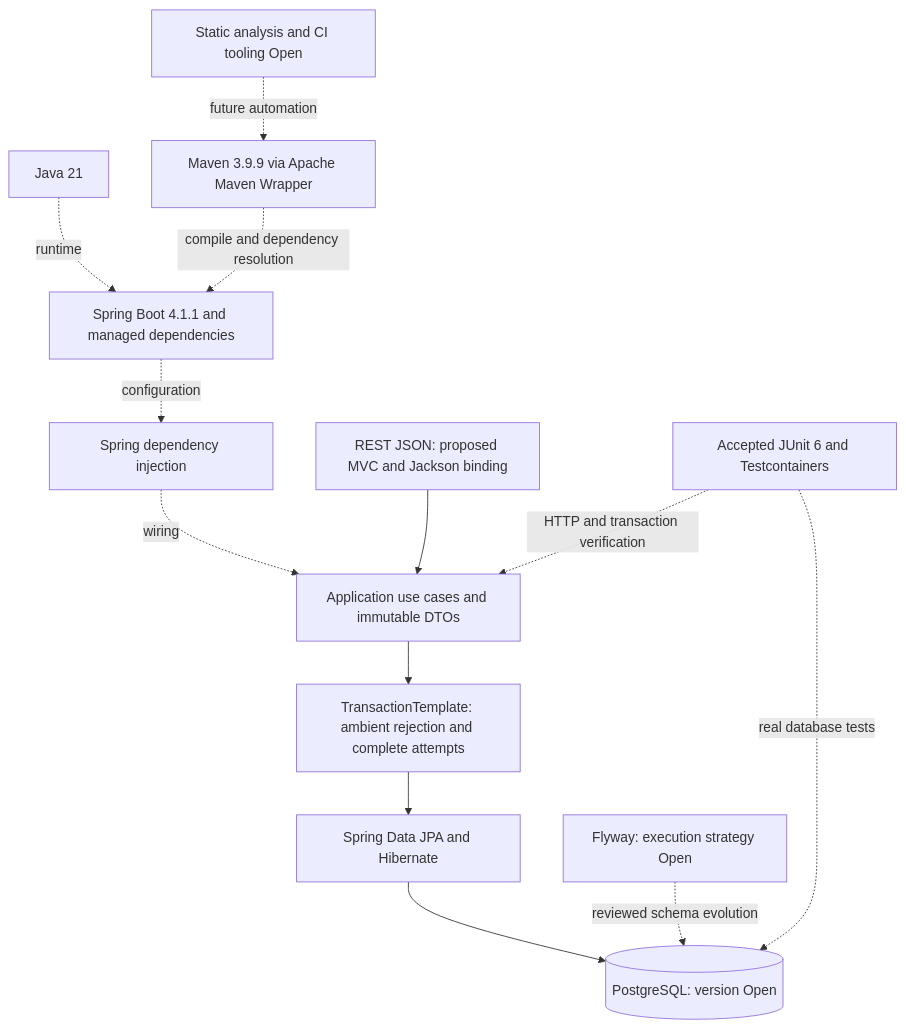
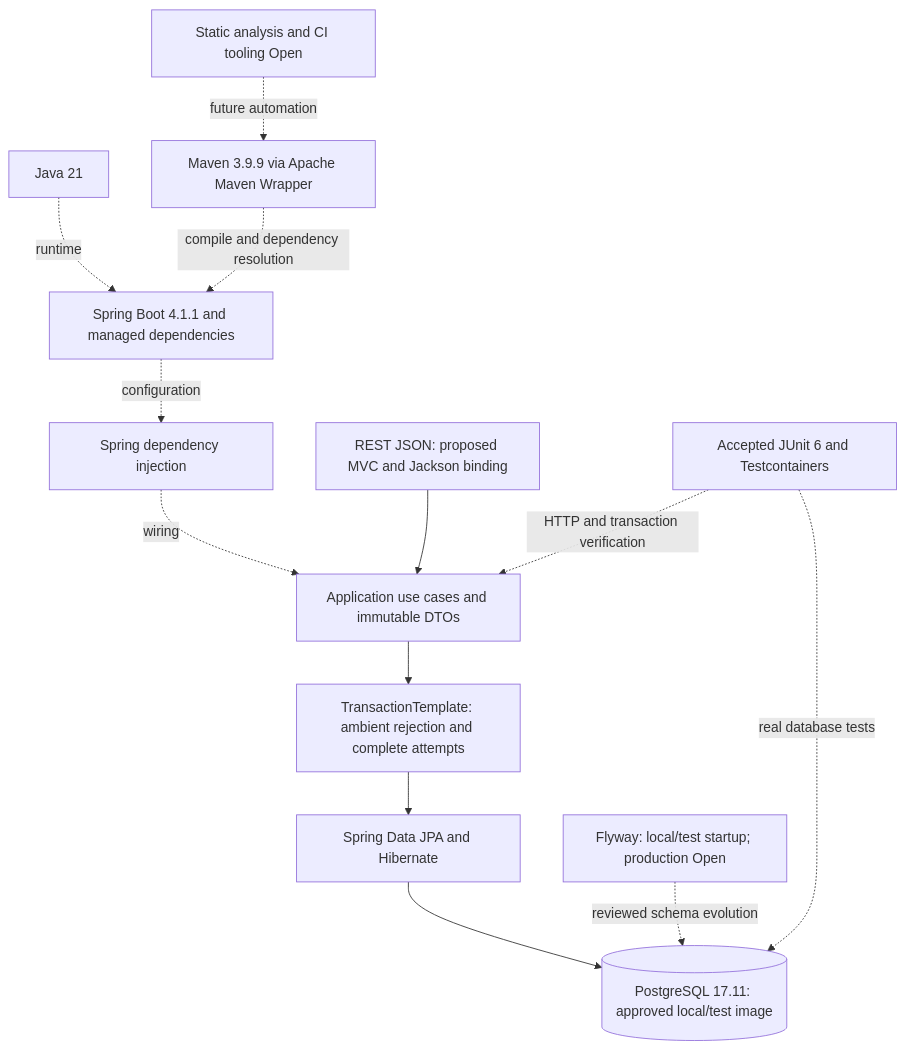
The diagram in docs/02-architecture/technology-stack.md (uvormbrock/agentic-order-service), drawn with Mermaid before and after one commit. The commit also changed other lines of this file and 18 other files, not shown here.

Commit message:
build: establish PostgreSQL foundation with Testcontainers

````diff
--- a/docs/02-architecture/technology-stack.md
+++ b/docs/02-architecture/technology-stack.md
@@ -136,27 +136,27 @@
 ```mermaid
 flowchart TB
     JAVA["Java 21"]
     BOOT["Spring Boot 4.1.1 and managed dependencies"]
     DI["Spring dependency injection"]
     REST["REST JSON: proposed MVC and Jackson binding"]
     APP["Application use cases and immutable DTOs"]
     TX["TransactionTemplate: ambient rejection and complete attempts"]
     DATA["Spring Data JPA and Hibernate"]
-    PG[("PostgreSQL: version Open")]
-    FLY["Flyway: execution strategy Open"]
+    PG[("PostgreSQL 17.11: approved local/test image")]
+    FLY["Flyway: local/test startup; production Open"]
     BUILD["Maven 3.9.9 via Apache Maven Wrapper"]
     TEST["Accepted JUnit 6 and Testcontainers"]
     QUALITY["Static analysis and CI tooling Open"]
     JAVA -. "runtime" .-> BOOT
     BOOT -. "configuration" .-> DI
     DI -. "wiring" .-> APP
     REST --> APP
     APP --> TX
     TX --> DATA
     DATA --> PG
     FLY -. "reviewed schema evolution" .-> PG
     BUILD -. "compile and dependency resolution" .-> BOOT
     TEST -. "HTTP and transaction verification" .-> APP
     TEST -. "real database tests" .-> PG
     QUALITY -. "future automation" .-> BUILD
 ```
````
